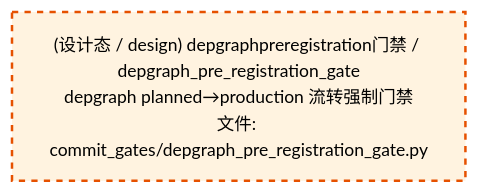
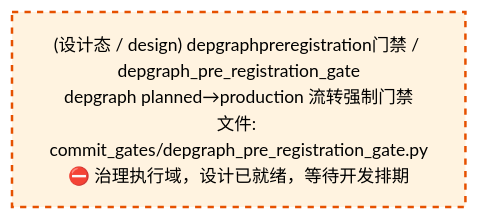
The third of 4 diagrams in docs/02_enterprise_architecture/02_domain_architecture_docs/53_d_gov_enforcement.md (xuanFelixVan/ZephyrAlpha), drawn with Mermaid before and after one commit. The commit also changed other lines of this file and 50 other files, not shown here.

````diff
--- a/docs/02_enterprise_architecture/02_domain_architecture_docs/53_d_gov_enforcement.md
+++ b/docs/02_enterprise_architecture/02_domain_architecture_docs/53_d_gov_enforcement.md
@@ -342,10 +342,10 @@
 ```mermaid
 %%{init: {'theme': 'base', 'themeVariables': {'primaryColor': '#eaeaea', 'primaryTextColor': '#333333', 'primaryBorderColor': '#666666', 'lineColor': '#666666', 'secondaryColor': '#eaeaea', 'tertiaryColor': '#eaeaea', 'fontSize': '14px'}}}%%
 flowchart TD
-    src_zephyr_gov_enforcement_commit_gates_depgraph_pre_registration_gate_py["(设计态 / design) depgraphpreregistration门禁 / depgraph_pre_registration_gate<br/>depgraph planned→production 流转强制门禁<br/>文件: commit_gates/depgraph_pre_registration_gate.py"]
+    src_zephyr_gov_enforcement_commit_gates_depgraph_pre_registration_gate_py["(设计态 / design) depgraphpreregistration门禁 / depgraph_pre_registration_gate<br/>depgraph planned→production 流转强制门禁<br/>文件: commit_gates/depgraph_pre_registration_gate.py<br/>⛔ 治理执行域，设计已就绪，等待开发排期"]
     classDef production fill:#e1f5fe,stroke:#01579b,stroke-width:2px,color:#000
     classDef design fill:#fff3e0,stroke:#e65100,stroke-width:2px,color:#000,stroke-dasharray: 5 5
     classDef external_prod fill:#e8f4fd,stroke:#0277bd,stroke-width:1px,color:#000
     classDef external_design fill:#fff8e7,stroke:#ef6c00,stroke-width:1px,color:#000,stroke-dasharray: 5 5
     class src_zephyr_gov_enforcement_commit_gates_depgraph_pre_registration_gate_py design
 ```
````
